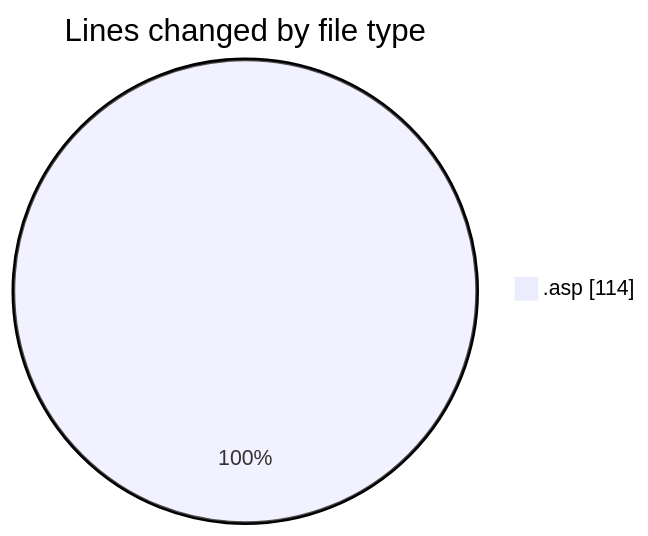
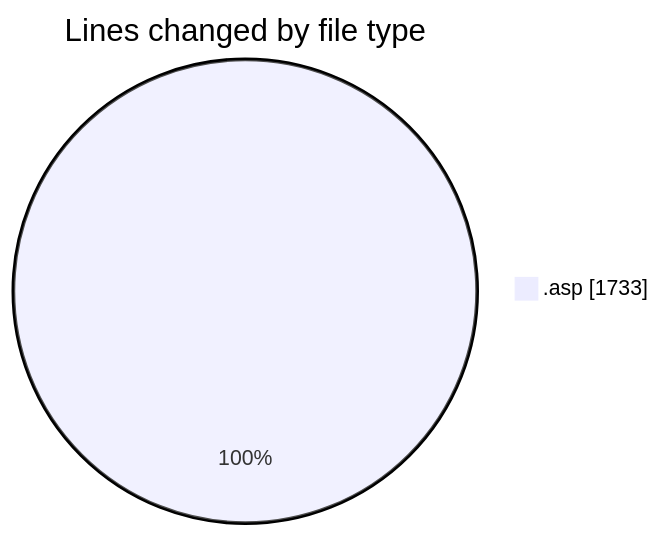
One commit to julien-gomy/code-tracking changed the first of 2 diagrams in 2025-11-26/cdp_aleoudev_fr__workspace_/README.md. Above: the diagram before and after it, drawn with Mermaid. The commit also changed other lines of this file and 1 other file, not shown here.

````diff
--- a/2025-11-26/cdp_aleoudev_fr__workspace_/README.md
+++ b/2025-11-26/cdp_aleoudev_fr__workspace_/README.md
@@ -20,5 +21,5 @@
 ```mermaid
 pie showData
 title Lines changed by file type
-".asp" : 114
+".asp" : 1733
 ```
````
